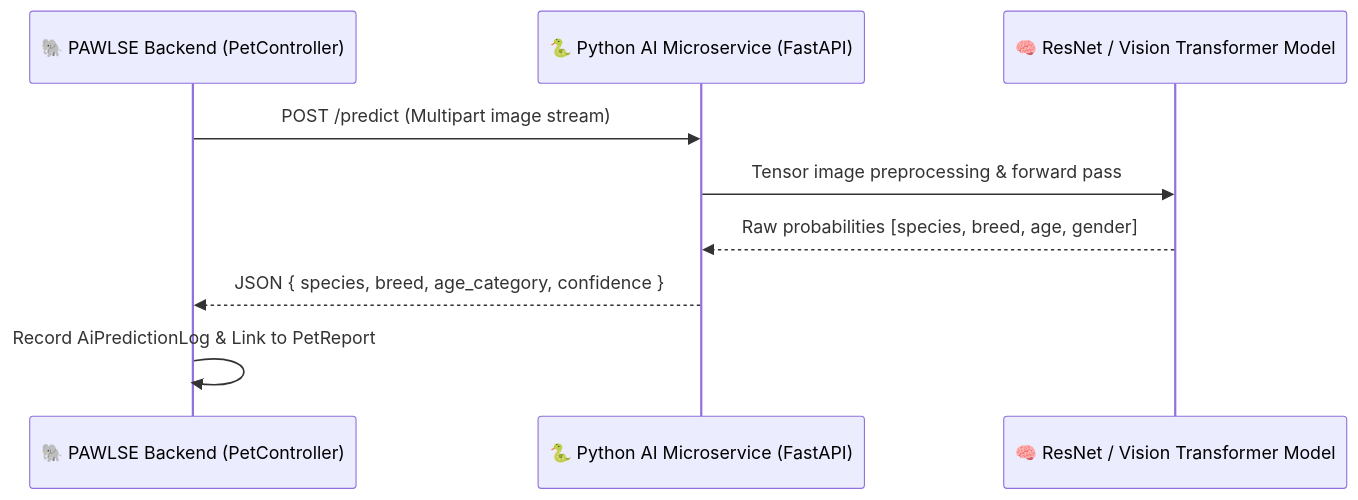
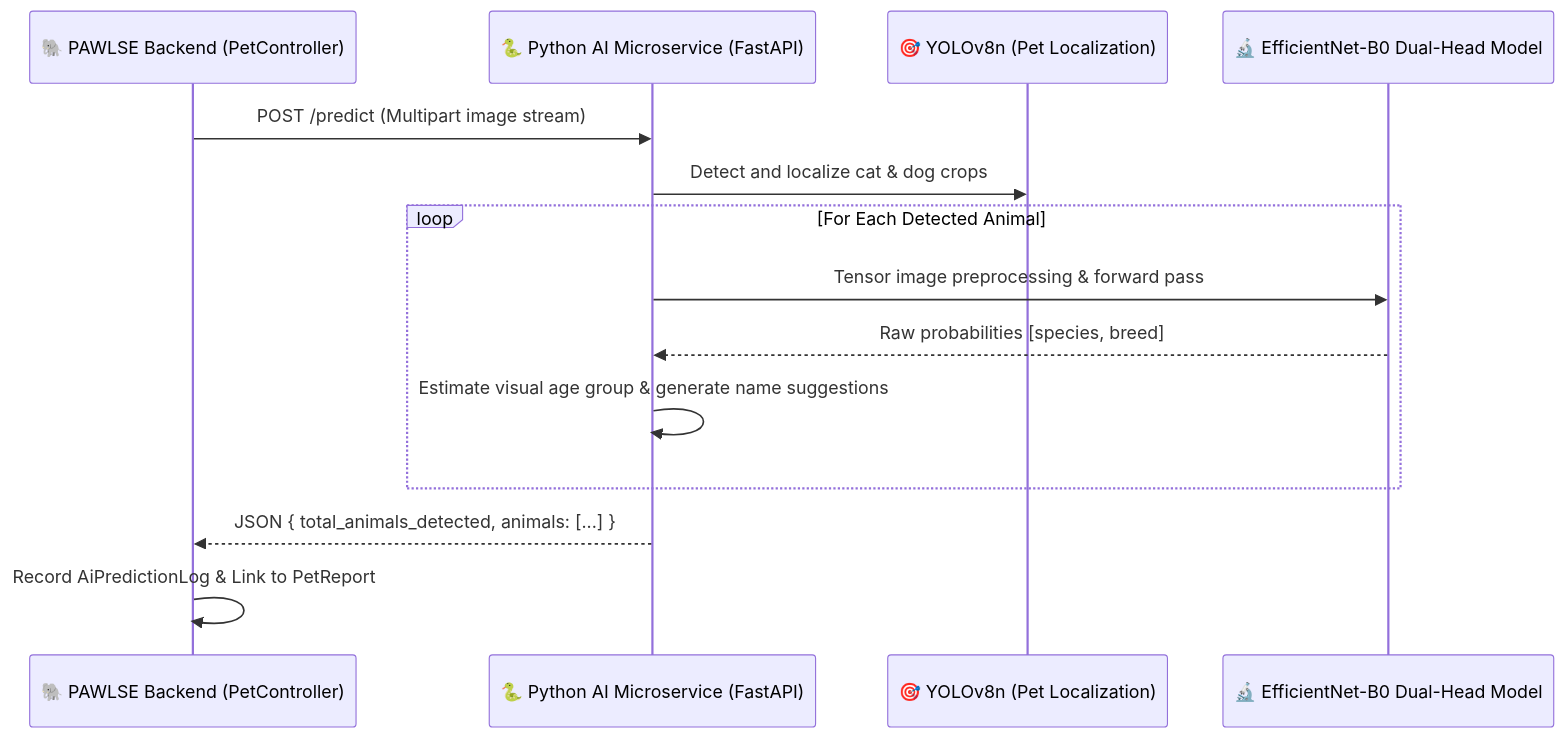
Before and after one commit to M3XH4/pawlse: the diagram in docs/07 - API & Integrations/External APIs.md, drawn with Mermaid. The commit also changed other lines of this file and 24 other files, not shown here.

````diff
--- a/docs/07 - API & Integrations/External APIs.md
+++ b/docs/07 - API & Integrations/External APIs.md
@@ -9,12 +11,17 @@
 ```mermaid
 sequenceDiagram
     participant Laravel as 🐘 PAWLSE Backend (PetController)
     participant FastAPI as 🐍 Python AI Microservice (FastAPI)
-    participant Model as 🧠 ResNet / Vision Transformer Model
+    participant YOLO as 🎯 YOLOv8n (Pet Localization)
+    participant Model as 🔬 EfficientNet-B0 Dual-Head Model
 
     Laravel->>FastAPI: POST /predict (Multipart image stream)
-    FastAPI->>Model: Tensor image preprocessing & forward pass
-    Model-->>FastAPI: Raw probabilities [species, breed, age, gender]
-    FastAPI-->>Laravel: JSON { species, breed, age_category, confidence }
+    FastAPI->>YOLO: Detect and localize cat & dog crops
+    loop For Each Detected Animal
+        FastAPI->>Model: Tensor image preprocessing & forward pass
+        Model-->>FastAPI: Raw probabilities [species, breed]
+        FastAPI->>FastAPI: Estimate visual age group & generate name suggestions
+    end
+    FastAPI-->>Laravel: JSON { total_animals_detected, animals: [...] }
     Laravel->>Laravel: Record AiPredictionLog & Link to PetReport
 ```
````
